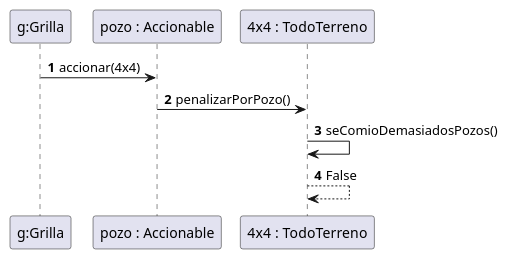
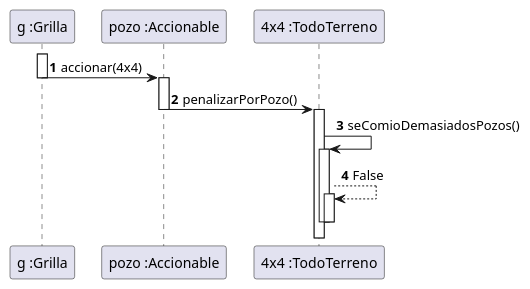
Before and after one commit to kikiymini/algo3_tp2: the diagram in Entrega1/DiagramaDeSecuencias/4X4SeEncuentraConUnPozo.puml, drawn with PlantUML. The commit also changed 3 other files, not shown here.

```diff
--- a/Entrega1/DiagramaDeSecuencias/4X4SeEncuentraConUnPozo.puml
+++ b/Entrega1/DiagramaDeSecuencias/4X4SeEncuentraConUnPozo.puml
@@ -1,13 +1,25 @@
 @startuml
 'https://plantuml.com/sequence-diagram
 
+
+participant "g :Grilla" as grilla
+participant "pozo :Accionable" as accionable
+participant "4x4 :TodoTerreno" as todoTerreno
+
 autonumber
+activate grilla
+grilla -> accionable : accionar(4x4)
+deactivate grilla
+activate accionable
+accionable -> todoTerreno : penalizarPorPozo()
+deactivate accionable
+activate todoTerreno
 
-"g:Grilla" -> "pozo : Accionable" : accionar(4x4)
-"pozo : Accionable" -> "4x4 : TodoTerreno" : penalizarPorPozo()
-"4x4 : TodoTerreno" -> "4x4 : TodoTerreno" : seComioDemasiadosPozos()
-"4x4 : TodoTerreno" --> "4x4 : TodoTerreno" : False
-
-
+todoTerreno -> todoTerreno : seComioDemasiadosPozos()
+activate todoTerreno
+todoTerreno --> todoTerreno : False
+activate todoTerreno
+deactivate todoTerreno
+deactivate todoTerreno
 
 @enduml
```
